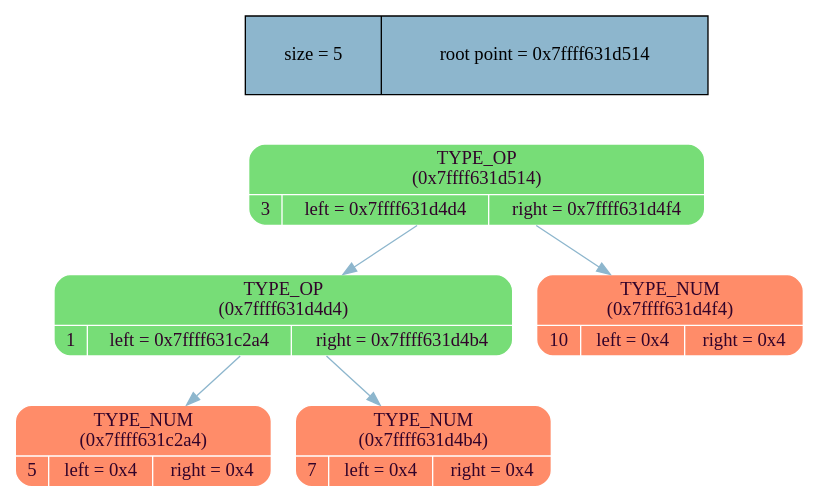
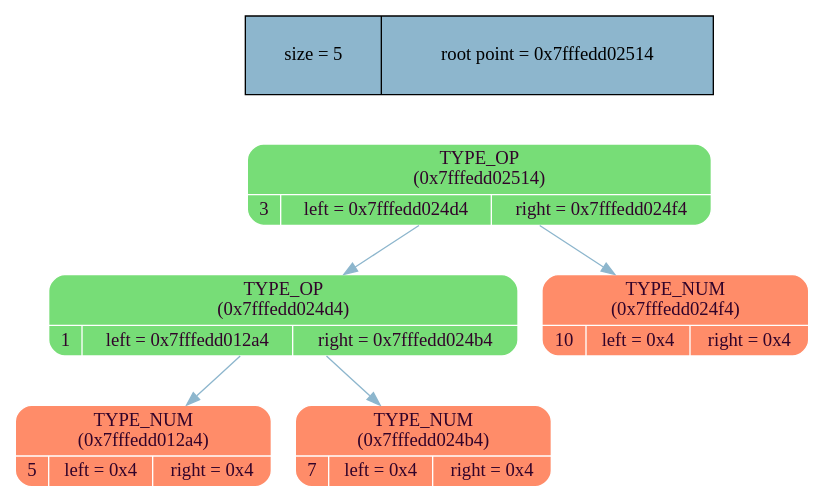
One commit to MaxGroshev/differentiator changed the diagram in dump_info/tree_dump.dot. Above: the diagram before and after it, drawn with Graphviz. The commit also changed 2 other files, not shown here.

```diff
--- a/dump_info/tree_dump.dot
+++ b/dump_info/tree_dump.dot
@@ -1,18 +1,18 @@
 digraph   
 {
 rankdir = ""
 splines = "true"
 
-node_stat [margin = "0.3*0.3", style = "filled", shape = "record", fillcolor = "#8DB6CD" label = " size = 5 | root point = 0x7ffff631d514"]
+node_stat [margin = "0.3*0.3", style = "filled", shape = "record", fillcolor = "#8DB6CD" label = " size = 5 | root point = 0x7fffedd02514"]
 {rank = source; node_stat}
 
-node0x7ffff631d514 [shape = "Mrecord", fillcolor = "#77DD77", style = "filled", fontcolor = "#31032A", fontname = "Calibri", color = "white", label = "{TYPE_OP\n (0x7ffff631d514)| {3 |left = 0x7ffff631d4d4 |right = 0x7ffff631d4f4}}"]
-node0x7ffff631d514 -> node0x7ffff631d4d4 [color = "#8DB6CD", style = "", constraint = true, fillcolor = "#8DB6CD",   fontcolor = "", fontname = "Calibri", label = ""];
-node0x7ffff631d4d4 [shape = "Mrecord", fillcolor = "#77DD77", style = "filled", fontcolor = "#31032A", fontname = "Calibri", color = "white", label = "{TYPE_OP\n (0x7ffff631d4d4)| {1 |left = 0x7ffff631c2a4 |right = 0x7ffff631d4b4}}"]
-node0x7ffff631d4d4 -> node0x7ffff631c2a4 [color = "#8DB6CD", style = "", constraint = true, fillcolor = "#8DB6CD",   fontcolor = "", fontname = "Calibri", label = ""];
-node0x7ffff631c2a4 [shape = "Mrecord", fillcolor = "#FF8C69", style = "filled", fontcolor = "#31032A", fontname = "Calibri", color = "white", label = "{TYPE_NUM\n (0x7ffff631c2a4)| {5 |left = 0x4 |right = 0x4}}"]
-node0x7ffff631d4d4 -> node0x7ffff631d4b4 [color = "#8DB6CD", style = "", constraint = true, fillcolor = "#8DB6CD",   fontcolor = "", fontname = "Calibri", label = ""];
-node0x7ffff631d4b4 [shape = "Mrecord", fillcolor = "#FF8C69", style = "filled", fontcolor = "#31032A", fontname = "Calibri", color = "white", label = "{TYPE_NUM\n (0x7ffff631d4b4)| {7 |left = 0x4 |right = 0x4}}"]
-node0x7ffff631d514 -> node0x7ffff631d4f4 [color = "#8DB6CD", style = "", constraint = true, fillcolor = "#8DB6CD",   fontcolor = "", fontname = "Calibri", label = ""];
-node0x7ffff631d4f4 [shape = "Mrecord", fillcolor = "#FF8C69", style = "filled", fontcolor = "#31032A", fontname = "Calibri", color = "white", label = "{TYPE_NUM\n (0x7ffff631d4f4)| {10 |left = 0x4 |right = 0x4}}"]
+node0x7fffedd02514 [shape = "Mrecord", fillcolor = "#77DD77", style = "filled", fontcolor = "#31032A", fontname = "Calibri", color = "white", label = "{TYPE_OP\n (0x7fffedd02514)| {3 |left = 0x7fffedd024d4 |right = 0x7fffedd024f4}}"]
+node0x7fffedd02514 -> node0x7fffedd024d4 [color = "#8DB6CD", style = "", constraint = true, fillcolor = "#8DB6CD",   fontcolor = "", fontname = "Calibri", label = ""];
+node0x7fffedd024d4 [shape = "Mrecord", fillcolor = "#77DD77", style = "filled", fontcolor = "#31032A", fontname = "Calibri", color = "white", label = "{TYPE_OP\n (0x7fffedd024d4)| {1 |left = 0x7fffedd012a4 |right = 0x7fffedd024b4}}"]
+node0x7fffedd024d4 -> node0x7fffedd012a4 [color = "#8DB6CD", style = "", constraint = true, fillcolor = "#8DB6CD",   fontcolor = "", fontname = "Calibri", label = ""];
+node0x7fffedd012a4 [shape = "Mrecord", fillcolor = "#FF8C69", style = "filled", fontcolor = "#31032A", fontname = "Calibri", color = "white", label = "{TYPE_NUM\n (0x7fffedd012a4)| {5 |left = 0x4 |right = 0x4}}"]
+node0x7fffedd024d4 -> node0x7fffedd024b4 [color = "#8DB6CD", style = "", constraint = true, fillcolor = "#8DB6CD",   fontcolor = "", fontname = "Calibri", label = ""];
+node0x7fffedd024b4 [shape = "Mrecord", fillcolor = "#FF8C69", style = "filled", fontcolor = "#31032A", fontname = "Calibri", color = "white", label = "{TYPE_NUM\n (0x7fffedd024b4)| {7 |left = 0x4 |right = 0x4}}"]
+node0x7fffedd02514 -> node0x7fffedd024f4 [color = "#8DB6CD", style = "", constraint = true, fillcolor = "#8DB6CD",   fontcolor = "", fontname = "Calibri", label = ""];
+node0x7fffedd024f4 [shape = "Mrecord", fillcolor = "#FF8C69", style = "filled", fontcolor = "#31032A", fontname = "Calibri", color = "white", label = "{TYPE_NUM\n (0x7fffedd024f4)| {10 |left = 0x4 |right = 0x4}}"]
 }
```
